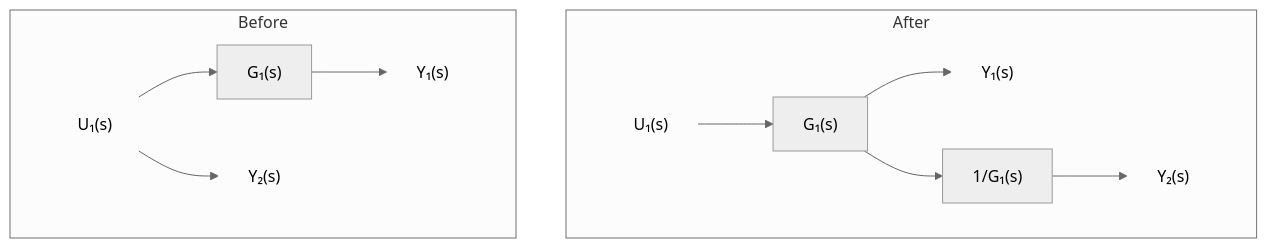
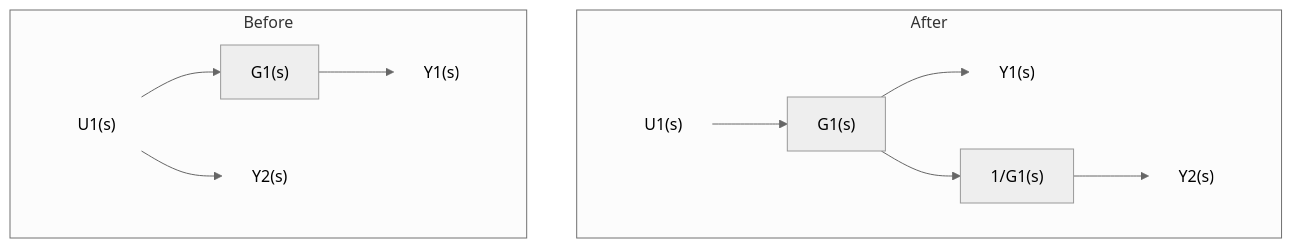
Before and after one commit to Choroning/25Fall_Neural-Network-Control-Systems: the eighth of 15 diagrams in Lecture-Notes/Week05_Control-System-Modeling-II/Concepts_Lecture.md, drawn with Mermaid (neutral theme). The commit also changed other lines of this file and 25 other files, not shown here.

````diff
--- a/Lecture-Notes/Week05_Control-System-Modeling-II/Concepts_Lecture.md
+++ b/Lecture-Notes/Week05_Control-System-Modeling-II/Concepts_Lecture.md
@@ -742,19 +744,19 @@
 ```mermaid
 flowchart LR
   subgraph B3["Before"]
     direction LR
-    a1["U₁(s)"] --> ag["G₁(s)"]
-    ag --> ay["Y₁(s)"]
-    a1 --> a2["Y₂(s)"]
+    a1["U1(s)"] --> ag["G1(s)"]
+    ag --> ay["Y1(s)"]
+    a1 --> a2["Y2(s)"]
   end
   subgraph A3["After"]
     direction LR
-    b1["U₁(s)"] --> bg["G₁(s)"]
-    bg --> by["Y₁(s)"]
-    bg --> bh["1/G₁(s)"]
-    bh --> b2["Y₂(s)"]
+    b1["U1(s)"] --> bg["G1(s)"]
+    bg --> by["Y1(s)"]
+    bg --> bh["1/G1(s)"]
+    bh --> b2["Y2(s)"]
   end
   B3 ~~~ A3
   classDef sig fill:none,stroke:none;
   class a1,a2,ay,b1,b2,by sig;
 ```
````
